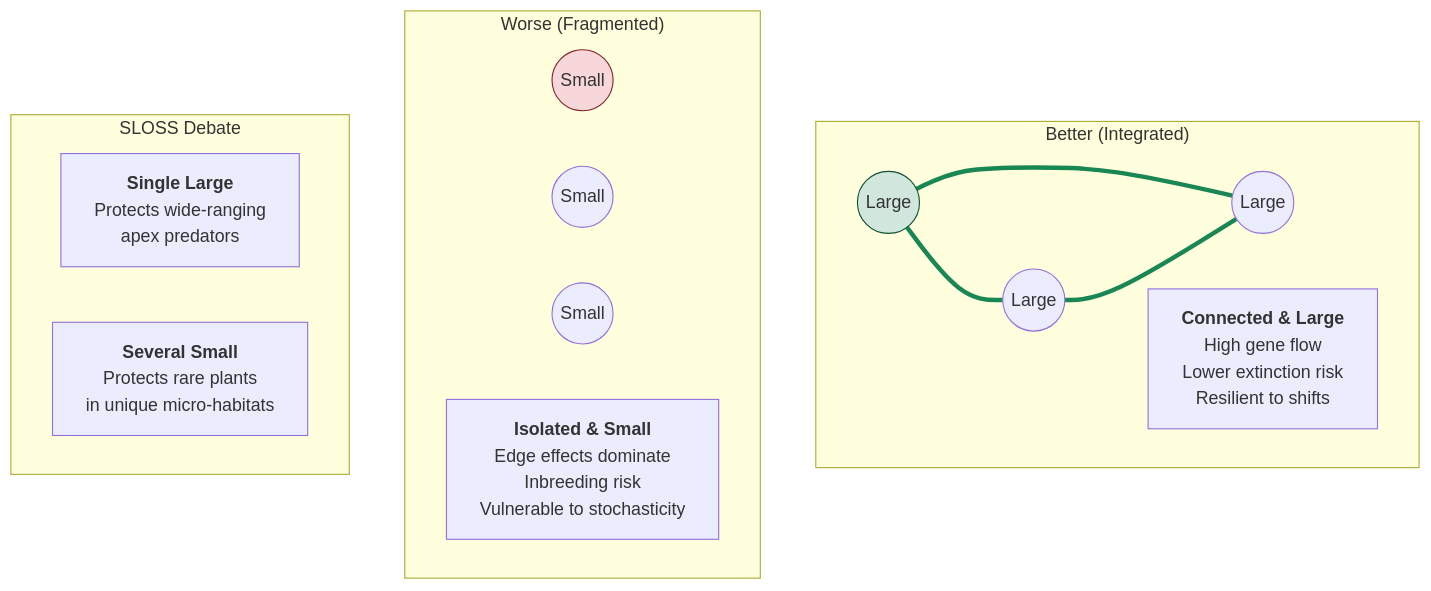
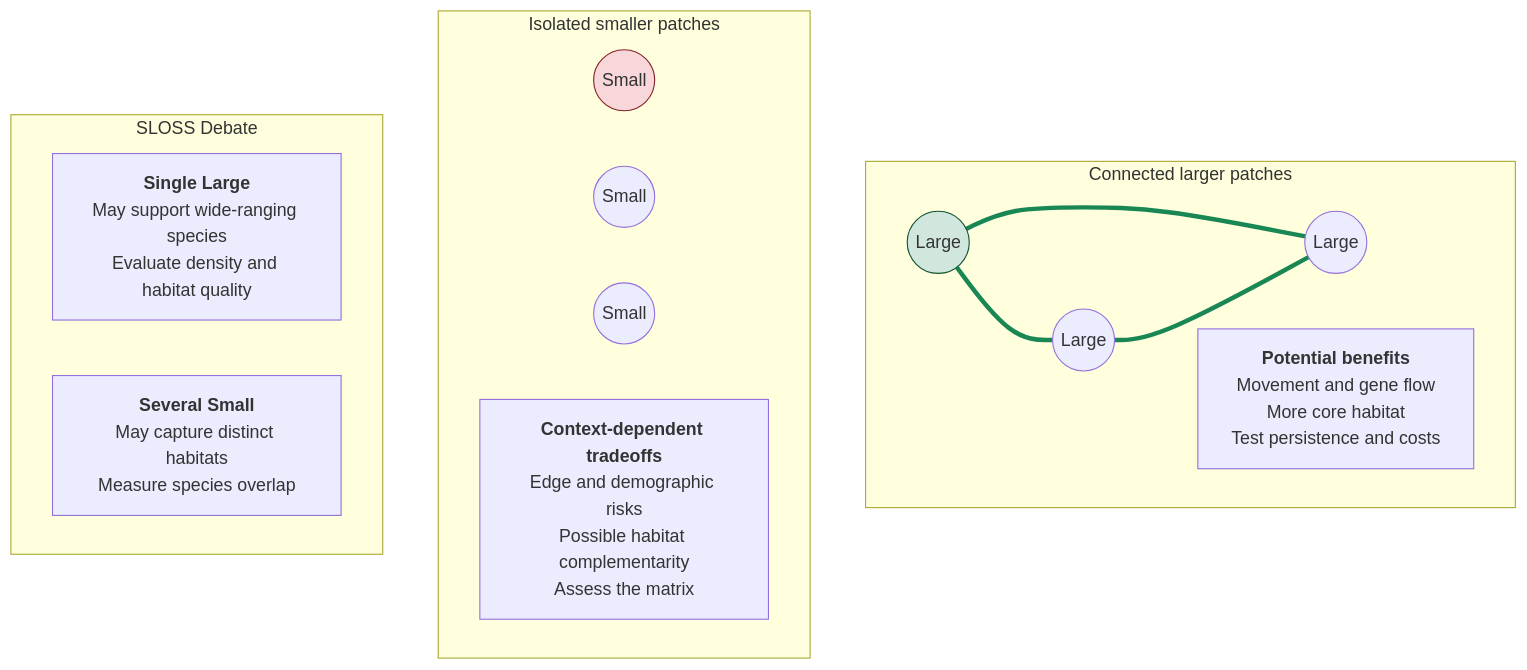
The fifth of 6 diagrams in docs/manuscript/unit_X/biomes_and_conservation.md (docxology/biology_textbook), drawn with Mermaid before and after one commit. The commit also changed other lines of this file and 444 other files, not shown here.

````diff
--- a/docs/manuscript/unit_X/biomes_and_conservation.md
+++ b/docs/manuscript/unit_X/biomes_and_conservation.md
@@ -616,25 +582,25 @@
 ```mermaid
 graph TD
-    subgraph "Better (Integrated)"
+    subgraph "Connected larger patches"
         B1((Large)) --- B2((Large))
         B1 --- B3((Large))
         B2 --- B3
         linkStyle 0,1,2 stroke:#198754,stroke-width:4px
-        noteB["<b>Connected & Large</b><br/>High gene flow<br/>Lower extinction risk<br/>Resilient to shifts"]
+        noteB["<b>Potential benefits</b><br/>Movement and gene flow<br/>More core habitat<br/>Test persistence and costs"]
     end
 
-    subgraph "Worse (Fragmented)"
+    subgraph "Isolated smaller patches"
         W1((Small))
         W2((Small))
         W3((Small))
-        noteW["<b>Isolated & Small</b><br/>Edge effects dominate<br/>Inbreeding risk<br/>Vulnerable to stochasticity"]
+        noteW["<b>Context-dependent tradeoffs</b><br/>Edge and demographic risks<br/>Possible habitat complementarity<br/>Assess the matrix"]
     end
 
     subgraph "SLOSS Debate"
-        S1["<b>Single Large</b><br/>Protects wide-ranging<br/>apex predators"]
-        S2["<b>Several Small</b><br/>Protects rare plants<br/>in unique micro-habitats"]
+        S1["<b>Single Large</b><br/>May support wide-ranging species<br/>Evaluate density and habitat quality"]
+        S2["<b>Several Small</b><br/>May capture distinct habitats<br/>Measure species overlap"]
     end
 
     style B1 fill:#d1e7dd,stroke:#0f5132
     style W1 fill:#f8d7da,stroke:#842029
 ```
````
